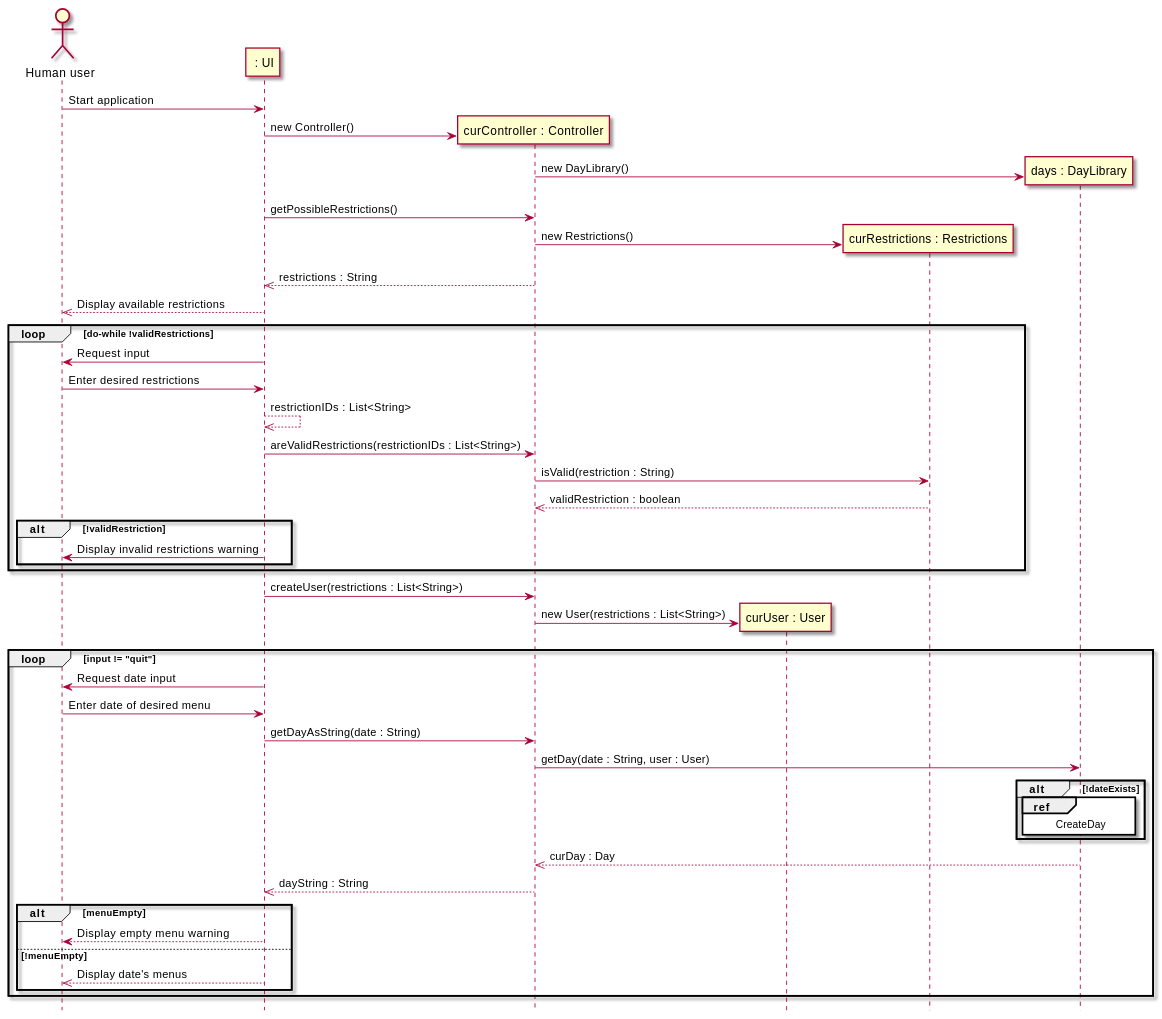
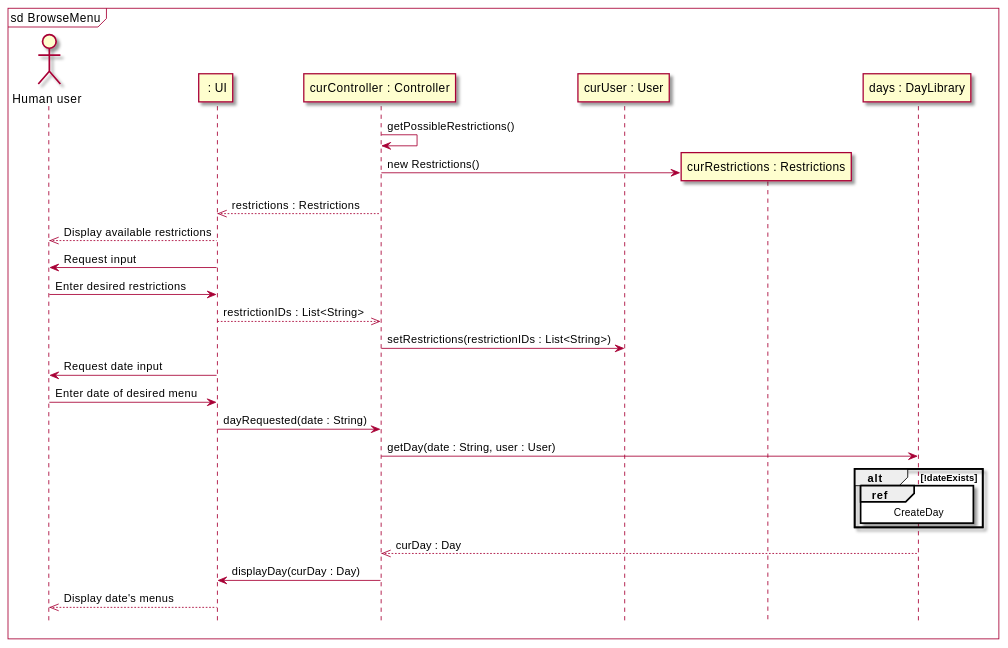
Before and after one commit to sashap100/Vassar-Dining-App: the second of 4 diagrams in intellij/doc/design.md, drawn with PlantUML. The commit also changed other lines of this file, not shown here.

Commit message:
Updated sequence diagrams, added navigate sequence diagram

````diff
--- a/intellij/doc/design.md
+++ b/intellij/doc/design.md
@@ -111,53 +111,38 @@
 ```plantuml
 
 @startuml
 skin rose
+hide footbox
+mainframe sd BrowseMenu
 
-hide footbox
 actor "Human user" as human
 participant " : UI" as ui
 participant "curController : Controller" as controller
 participant "curUser : User" as user
 participant "curRestrictions : Restrictions" as restriction
 participant "days : DayLibrary" as days
 
-human -> ui : Start application
-ui -> controller **: new Controller()
-controller -> days **: new DayLibrary()
-ui -> controller : getPossibleRestrictions()
+'maybe in navigate when app first opened
+controller -> controller : getPossibleRestrictions()
 controller -> restriction **: new Restrictions()
-controller -->> ui : restrictions : String
+controller -->> ui : restrictions : Restrictions
+
 ui -->> human : Display available restrictions
-loop do-while !validRestrictions
-    ui -> human : Request input
-    human -> ui : Enter desired restrictions
-    ui -->> ui : restrictionIDs : List<String>
-    ui -> controller : areValidRestrictions(restrictionIDs : List<String>)
-    controller -> restriction : isValid(restriction : String)
-    restriction -->> controller : validRestriction : boolean
-    alt !validRestriction
-        ui -> human : Display invalid restrictions warning
-    end
+ui -> human : Request input
+human -> ui : Enter desired restrictions
+ui -->> controller : restrictionIDs : List<String>
+controller -> user : setRestrictions(restrictionIDs : List<String>)
+ui -> human : Request date input
+human -> ui : Enter date of desired menu
+ui -> controller : dayRequested(date : String)
+controller -> days : getDay(date : String, user : User)
+alt !dateExists
+    ref over days
+    CreateDay
+    end ref
 end
-ui -> controller : createUser(restrictions : List<String>)
-controller -> user **: new User(restrictions : List<String>)
-loop input != "quit"
-    ui -> human : Request date input
-    human -> ui : Enter date of desired menu
-    ui -> controller : getDayAsString(date : String)
-    controller -> days : getDay(date : String, user : User)
-    alt !dateExists
-        ref over days
-        CreateDay
-        end ref
-    end
-    days -->> controller : curDay : Day
-    controller -->> ui : dayString : String
-    alt menuEmpty
-        ui --> human: Display empty menu warning
-    else !menuEmpty
-        ui -->> human : Display date's menus
-    end
-end
+days -->> controller : curDay : Day
+controller -> ui : displayDay(curDay : Day)
+ui -->> human : Display date's menus
 @enduml
 ```
````
